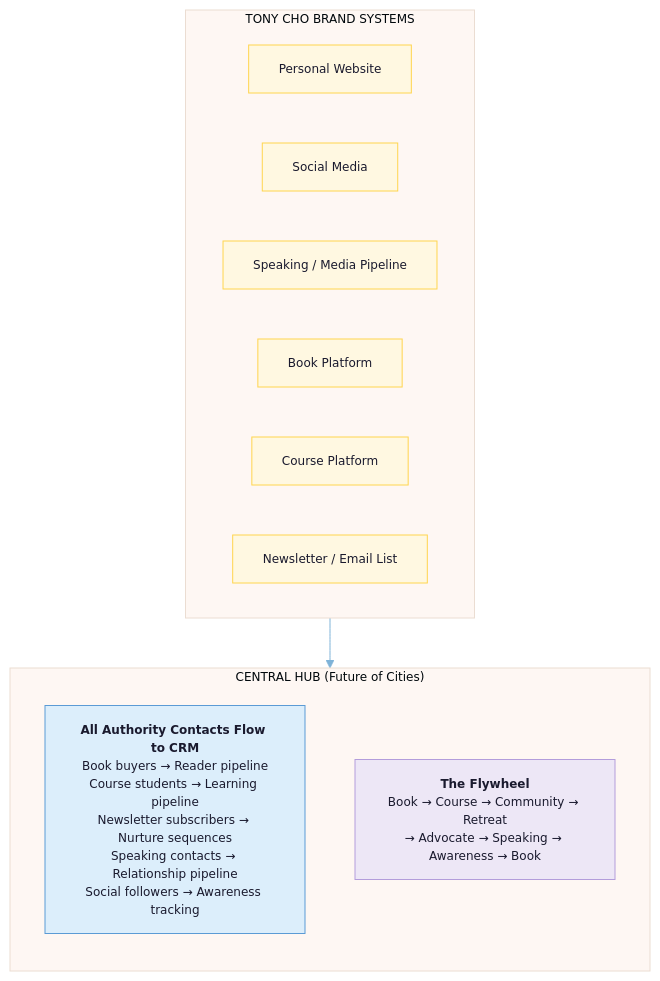
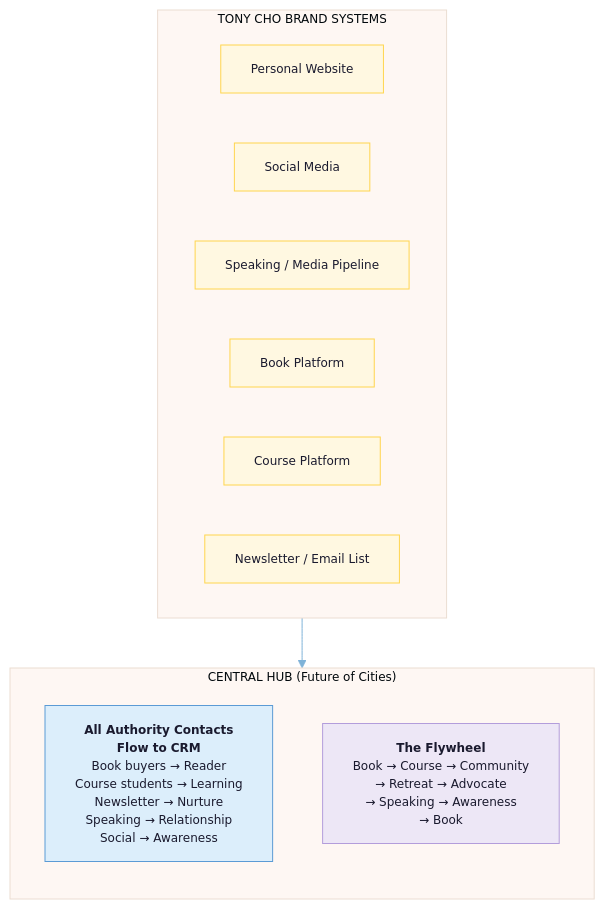
Diagram 13 of 30 in legal-vault/proposals/cho-ventures-master-project-plan-2026-02-25.md (Light-Brands/qie), drawn with Mermaid before and after one commit. The commit also changed other lines of this file, not shown here.

First line of the commit message:
Fix Mermaid diagram text overflow: break long node labels into shorter lines

````diff
--- a/legal-vault/proposals/cho-ventures-master-project-plan-2026-02-25.md
+++ b/legal-vault/proposals/cho-ventures-master-project-plan-2026-02-25.md
@@ -1070,25 +1070,25 @@
 ```mermaid
 %%{init: {'theme': 'base', 'themeVariables': {'primaryColor': '#DCEEFB', 'primaryTextColor': '#1a1a2e', 'lineColor': '#7FB3D8', 'fontSize': '12px'}}}%%
 flowchart TB
     classDef brand fill:#FFF8E1,stroke:#FFD54F,color:#1a1a2e
     classDef hub fill:#DCEEFB,stroke:#5B9BD5,color:#1a1a2e
     classDef flywheel fill:#EDE7F6,stroke:#B39DDB,color:#1a1a2e
 
     subgraph TONY["TONY CHO BRAND SYSTEMS"]
         direction LR
         WEB["Personal Website"]:::brand
         SOCIAL["Social Media"]:::brand
         SPEAK["Speaking / Media Pipeline"]:::brand
         BOOK_P["Book Platform"]:::brand
         COURSE_P["Course Platform"]:::brand
         NEWS["Newsletter / Email List"]:::brand
     end
 
     subgraph HUB["CENTRAL HUB (Future of Cities)"]
         direction TB
-        CRM_FLOW["<b>All Authority Contacts Flow to CRM</b><br/>Book buyers → Reader pipeline<br/>Course students → Learning pipeline<br/>Newsletter subscribers → Nurture sequences<br/>Speaking contacts → Relationship pipeline<br/>Social followers → Awareness tracking"]:::hub
-        FLYWHEEL["<b>The Flywheel</b><br/>Book → Course → Community → Retreat<br/>→ Advocate → Speaking → Awareness → Book"]:::flywheel
+        CRM_FLOW["<b>All Authority Contacts</b><br/><b>Flow to CRM</b><br/>Book buyers → Reader<br/>Course students → Learning<br/>Newsletter → Nurture<br/>Speaking → Relationship<br/>Social → Awareness"]:::hub
+        FLYWHEEL["<b>The Flywheel</b><br/>Book → Course → Community<br/>→ Retreat → Advocate<br/>→ Speaking → Awareness<br/>→ Book"]:::flywheel
     end
 
     TONY --> HUB
 ```
````
